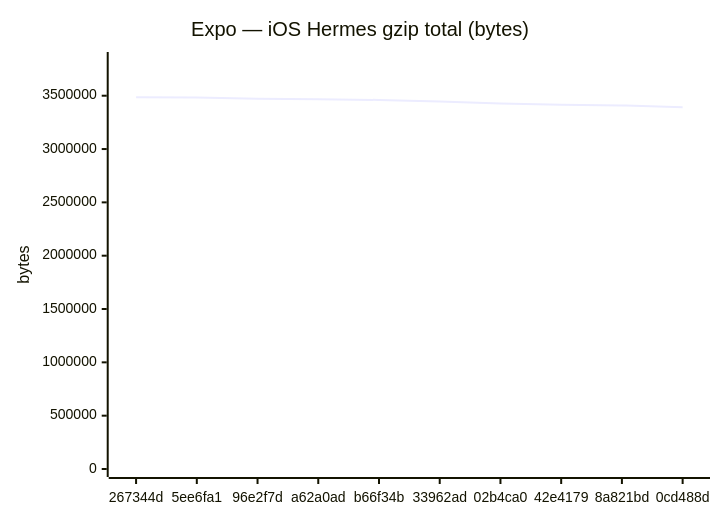
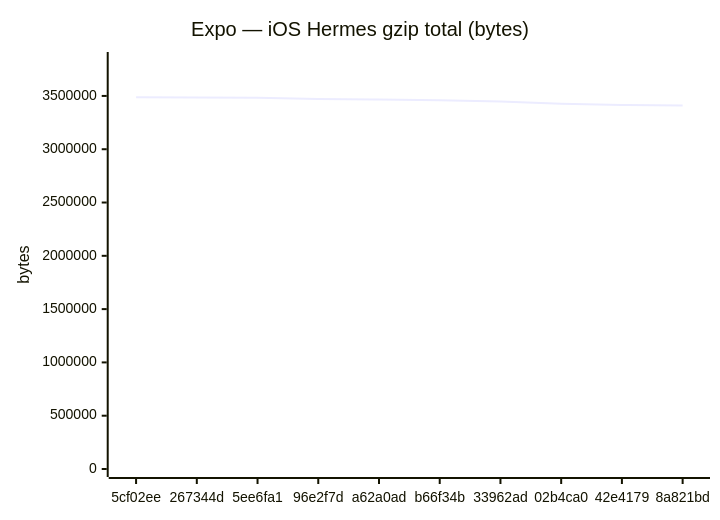
One commit to Metaheurist/Rianell changed the sixth of 18 diagrams in benchmarks/compare.md. Above: the diagram before and after it, drawn with Mermaid. The commit also changed other lines of this file and 11 other files, not shown here.

````diff
--- a/benchmarks/compare.md
+++ b/benchmarks/compare.md
@@ -96,7 +96,7 @@
 ```mermaid
 xychart-beta
     title "Expo — iOS Hermes gzip total (bytes)"
-    x-axis ["267344d", "5ee6fa1", "96e2f7d", "a62a0ad", "b66f34b", "33962ad", "02b4ca0", "42e4179", "8a821bd", "0cd488d"]
-    y-axis "bytes" 0 --> 3834851
-    line [3486228, 3483393, 3471867, 3466755, 3460455, 3446796, 3426562, 3414256, 3409221, 3391123]
+    x-axis ["5cf02ee", "267344d", "5ee6fa1", "96e2f7d", "a62a0ad", "b66f34b", "33962ad", "02b4ca0", "42e4179", "8a821bd"]
+    y-axis "bytes" 0 --> 3837082
+    line [3488256, 3486228, 3483393, 3471867, 3466755, 3460455, 3446796, 3426562, 3414256, 3409221]
 ```
````
